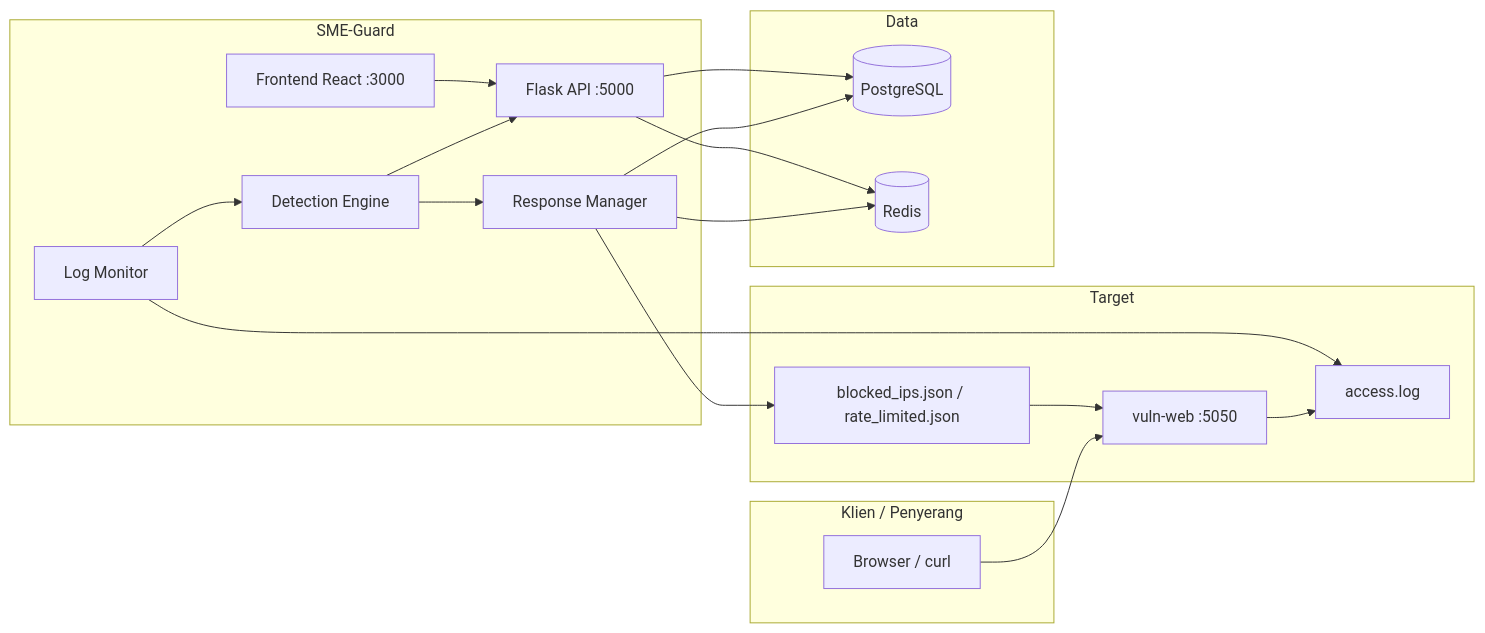
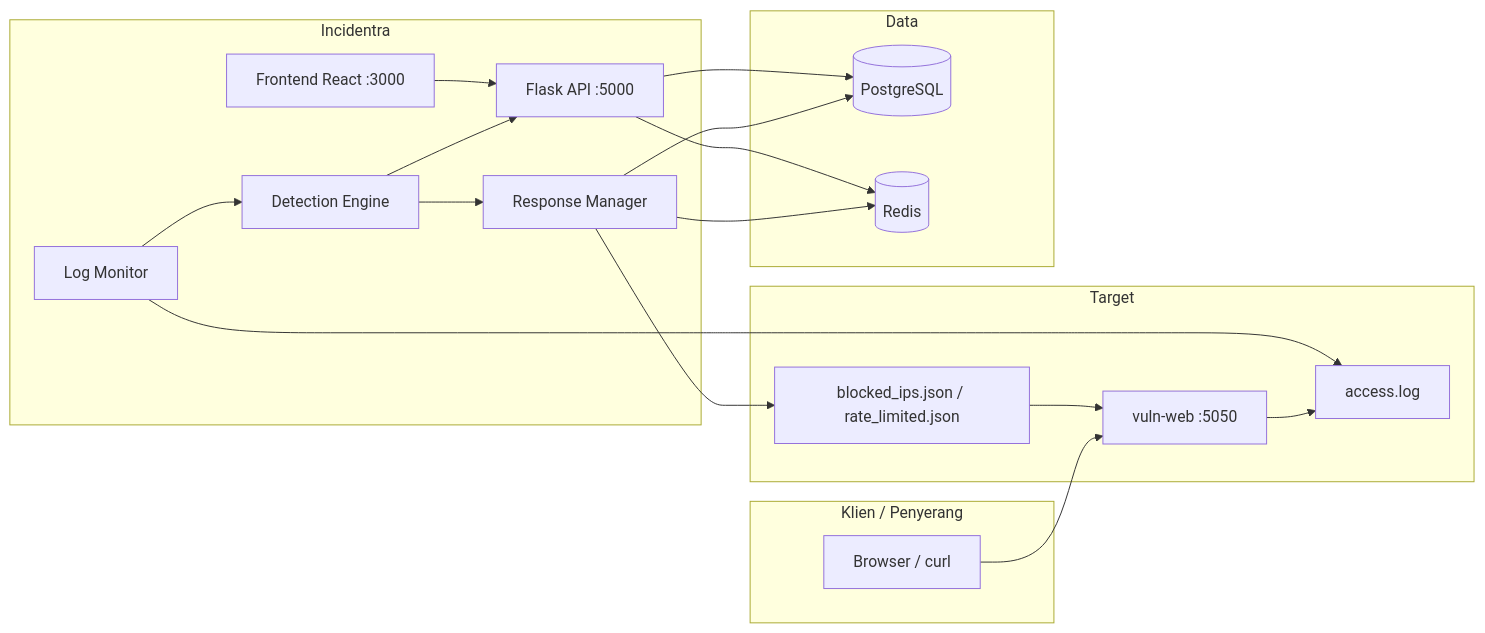
Before and after one commit to HardInCode/incidentra: the diagram in docs/ARCHITECTURE.md, drawn with Mermaid. The commit also changed other lines of this file and 41 other files, not shown here.

````diff
--- a/docs/ARCHITECTURE.md
+++ b/docs/ARCHITECTURE.md
@@ -45,35 +45,35 @@
 ```mermaid
 flowchart LR
   subgraph client [Klien / Penyerang]
     B[Browser / curl]
   end
   subgraph target [Target]
     V[vuln-web :5050]
     L[access.log]
     J[blocked_ips.json / rate_limited.json]
   end
-  subgraph soc [SME-Guard]
+  subgraph soc [Incidentra]
     F[Frontend React :3000]
     API[Flask API :5000]
     LM[Log Monitor]
     DE[Detection Engine]
     RM[Response Manager]
   end
   subgraph data [Data]
     PG[(PostgreSQL)]
     R[(Redis)]
   end
   B --> V
   V --> L
   LM --> L
   LM --> DE
   DE --> API
   DE --> RM
   RM --> PG
   RM --> J
   RM --> R
   J --> V
   F --> API
   API --> PG
   API --> R
 ```
````
